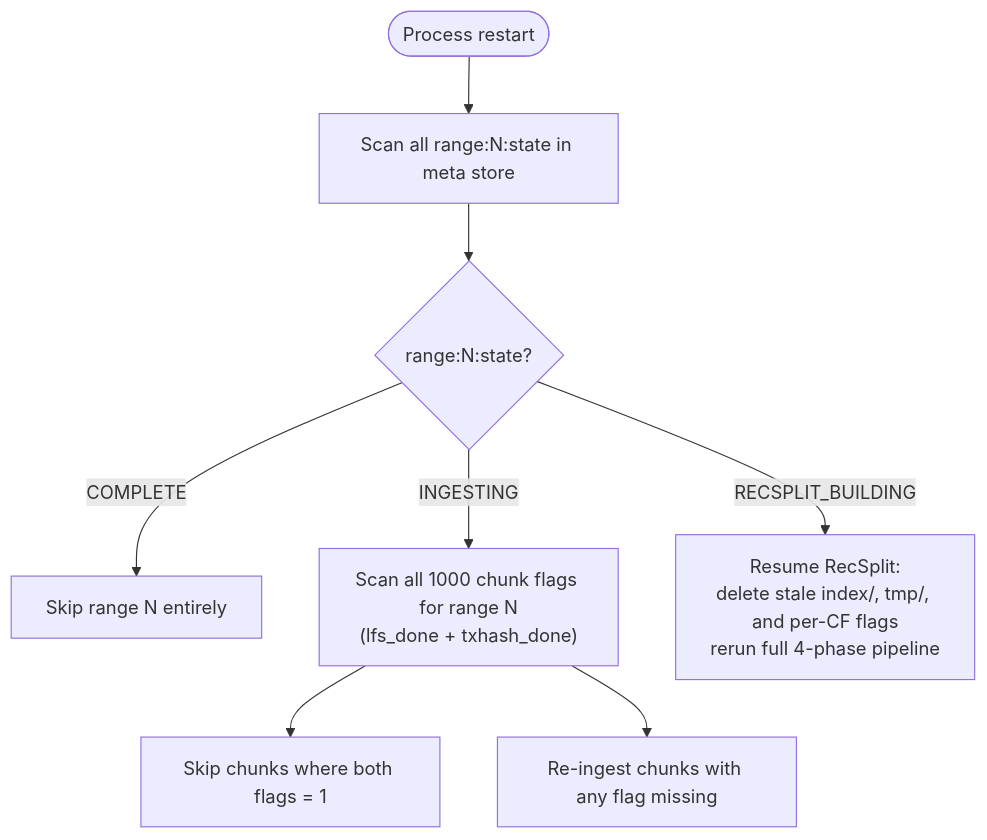
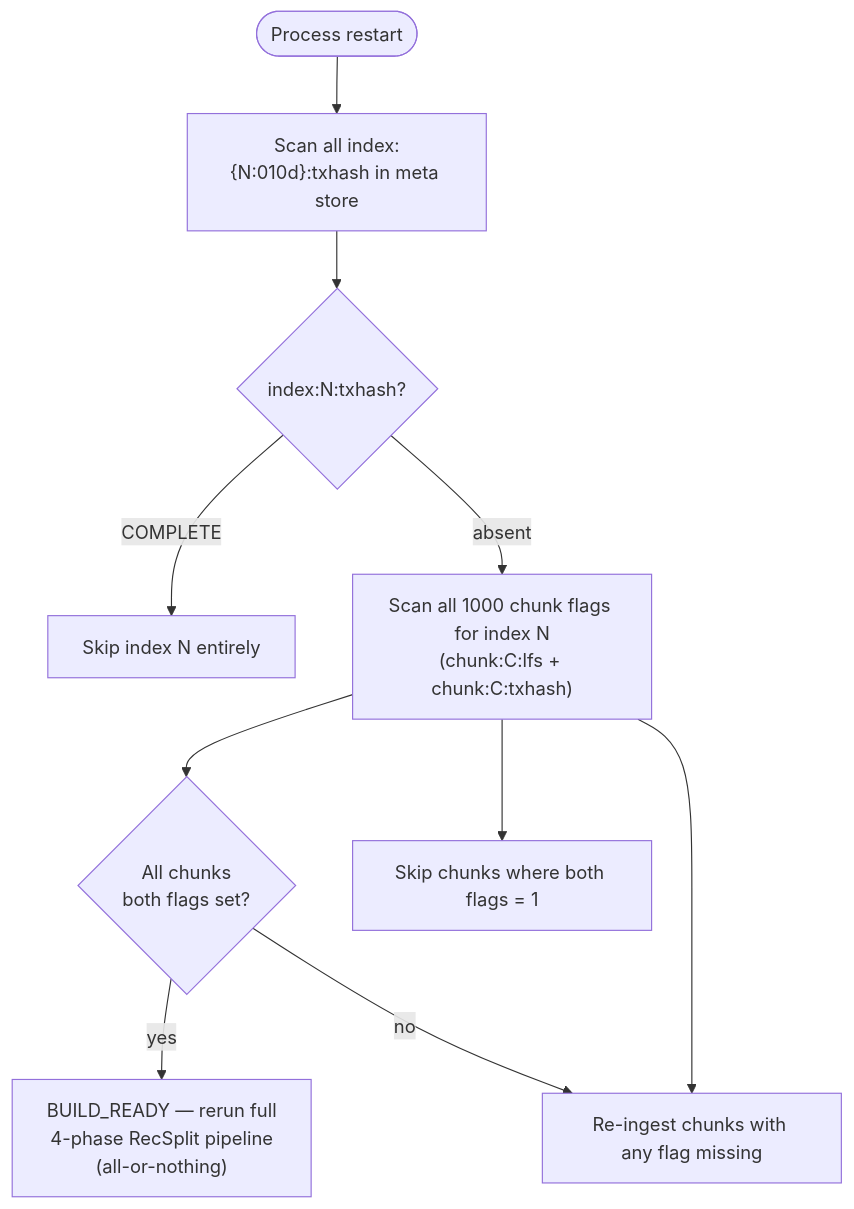
Before and after one commit to stellar/stellar-rpc: diagram 11 of 12 in full-history/design-docs/01-architecture-overview.md, drawn with Mermaid. The commit also changed other lines of this file and 17 other files, not shown here.

````diff
--- a/full-history/design-docs/01-architecture-overview.md
+++ b/full-history/design-docs/01-architecture-overview.md
@@ -311,10 +313,12 @@
 ```mermaid
 flowchart TD
-    START(["Process restart"]) --> SCAN_RANGES["Scan all range:N:state in meta store"]
-    SCAN_RANGES --> CHECK_RANGE{range:N:state?}
-    CHECK_RANGE -->|COMPLETE| SKIP_RANGE["Skip range N entirely"]
-    CHECK_RANGE -->|INGESTING| SCAN_CHUNKS["Scan all 1000 chunk flags for range N\n(lfs_done + txhash_done)"]
-    CHECK_RANGE -->|RECSPLIT_BUILDING| RESUME_RS["Resume RecSplit:\ndelete stale index/, tmp/, and per-CF flags\nrerun full 4-phase pipeline"]
+    START(["Process restart"]) --> SCAN_RANGES["Scan all index:{N:010d}:txhash in meta store"]
+    SCAN_RANGES --> CHECK_RANGE{index:N:txhash?}
+    CHECK_RANGE -->|COMPLETE| SKIP_RANGE["Skip index N entirely"]
+    CHECK_RANGE -->|absent| SCAN_CHUNKS["Scan all 1000 chunk flags for index N\n(chunk:C:lfs + chunk:C:txhash)"]
+    SCAN_CHUNKS --> ALL_DONE{All chunks\nboth flags set?}
+    ALL_DONE -->|yes| RESUME_RS["BUILD_READY — rerun full\n4-phase RecSplit pipeline\n(all-or-nothing)"]
+    ALL_DONE -->|no| REDO
     SCAN_CHUNKS --> SKIP_DONE["Skip chunks where both flags = 1"]
     SCAN_CHUNKS --> REDO["Re-ingest chunks with any flag missing"]
 ```
````
